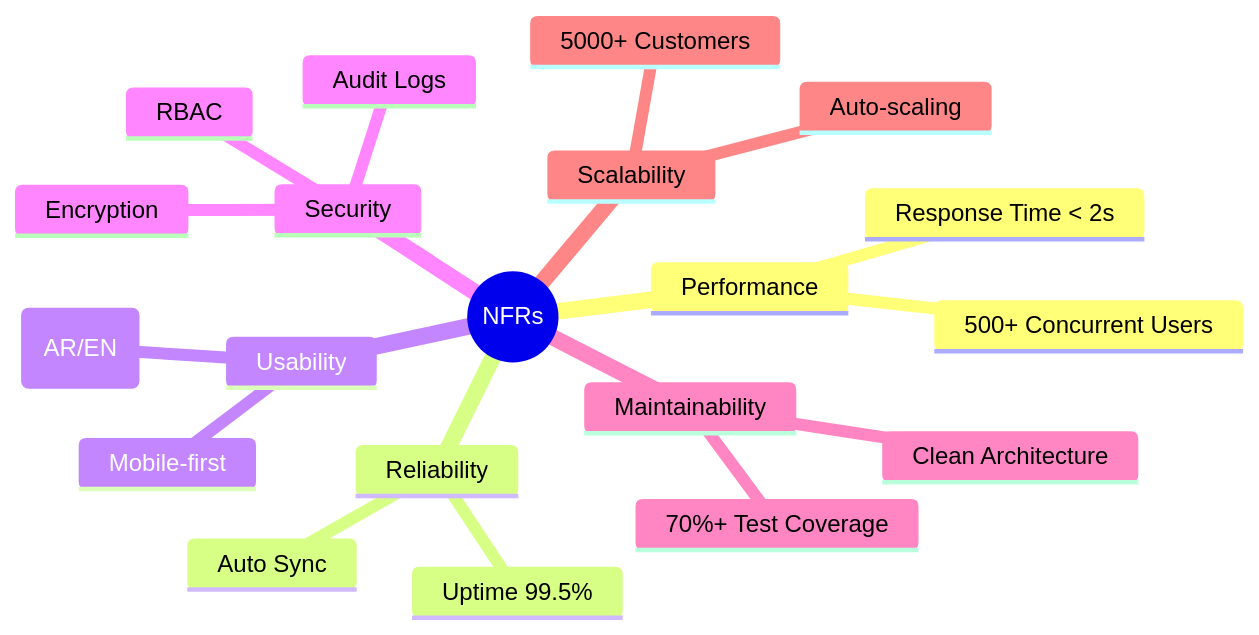
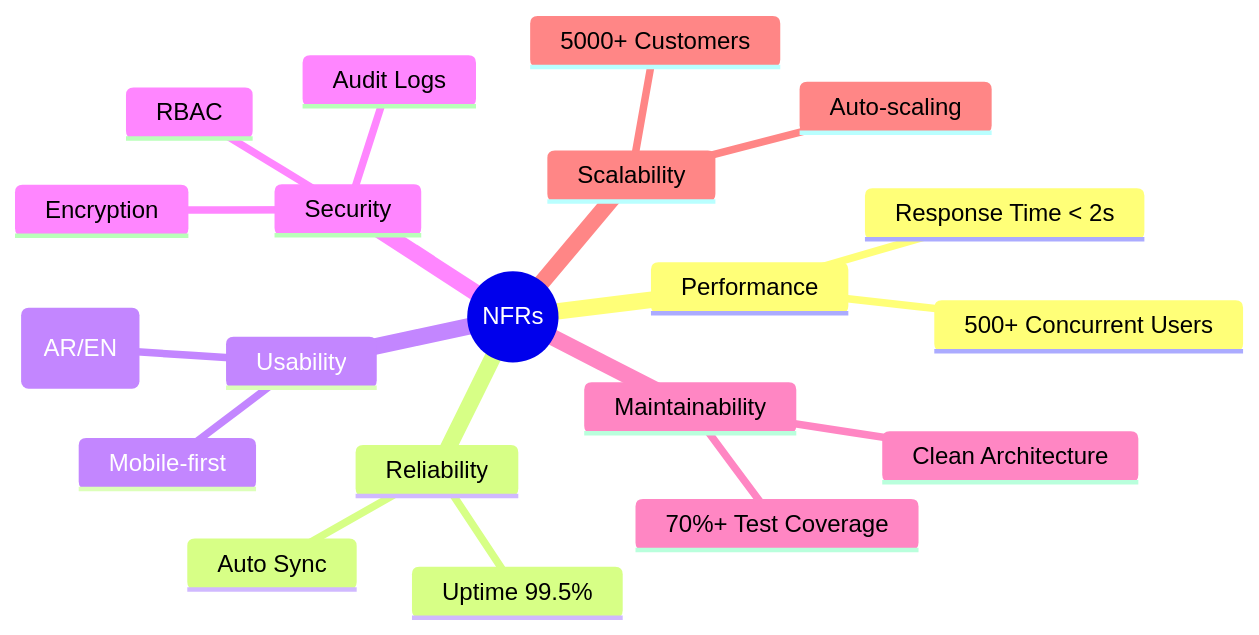
One commit to Ash69g/Documentation-Study changed the second of 3 diagrams in docs/10-nfr-and-quality/10-nfr-and-quality.md. Above: the diagram before and after it, drawn with Mermaid. The commit also changed other lines of this file and 14 other files, not shown here.

````diff
--- a/docs/10-nfr-and-quality/10-nfr-and-quality.md
+++ b/docs/10-nfr-and-quality/10-nfr-and-quality.md
@@ -26,23 +40,23 @@
 ```mermaid
 mindmap
-	root((NFRs))
-		Performance
-			Response Time < 2s
-			500+ Concurrent Users
-		Reliability
-			Uptime 99.5%
-			Auto Sync
-		Usability
-			Bilingual (AR/EN)
-			Mobile-first
-		Security
-			RBAC
-			Encryption
-			Audit Logs
-		Maintainability
-			Clean Architecture
-			70%+ Test Coverage
-		Scalability
-			5000+ Customers
-			Auto-scaling
+  root((NFRs))
+    Performance
+      Response Time < 2s
+      500+ Concurrent Users
+    Reliability
+      Uptime 99.5%
+      Auto Sync
+    Usability
+      Bilingual (AR/EN)
+      Mobile-first
+    Security
+      RBAC
+      Encryption
+      Audit Logs
+    Maintainability
+      Clean Architecture
+      70%+ Test Coverage
+    Scalability
+      5000+ Customers
+      Auto-scaling
 ```
````
